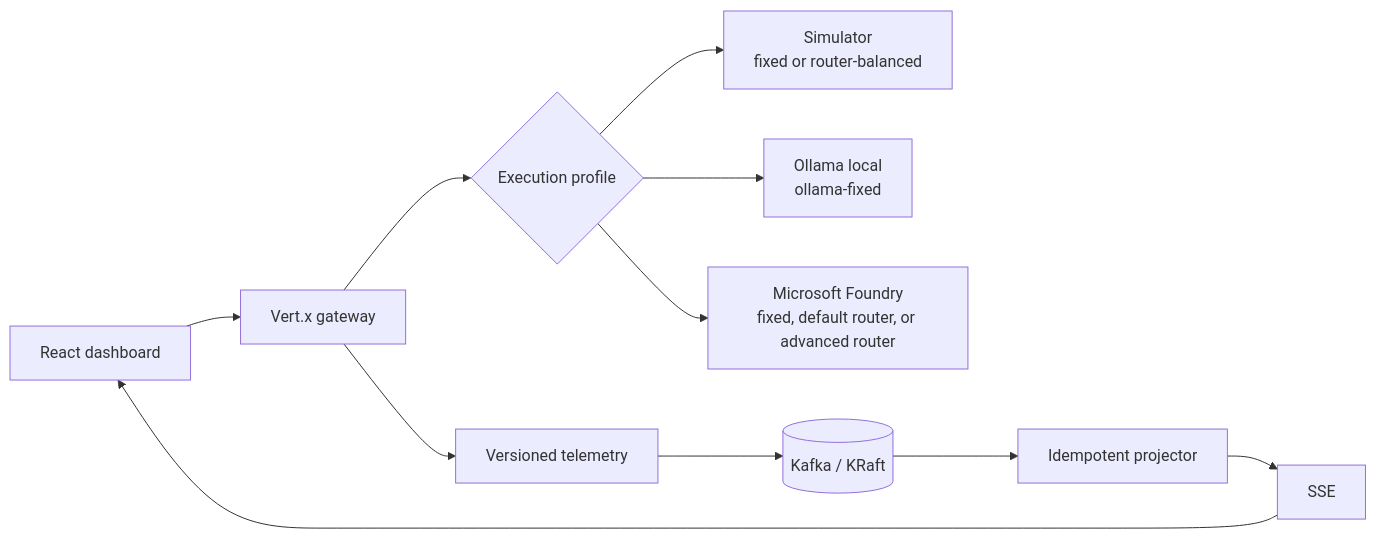
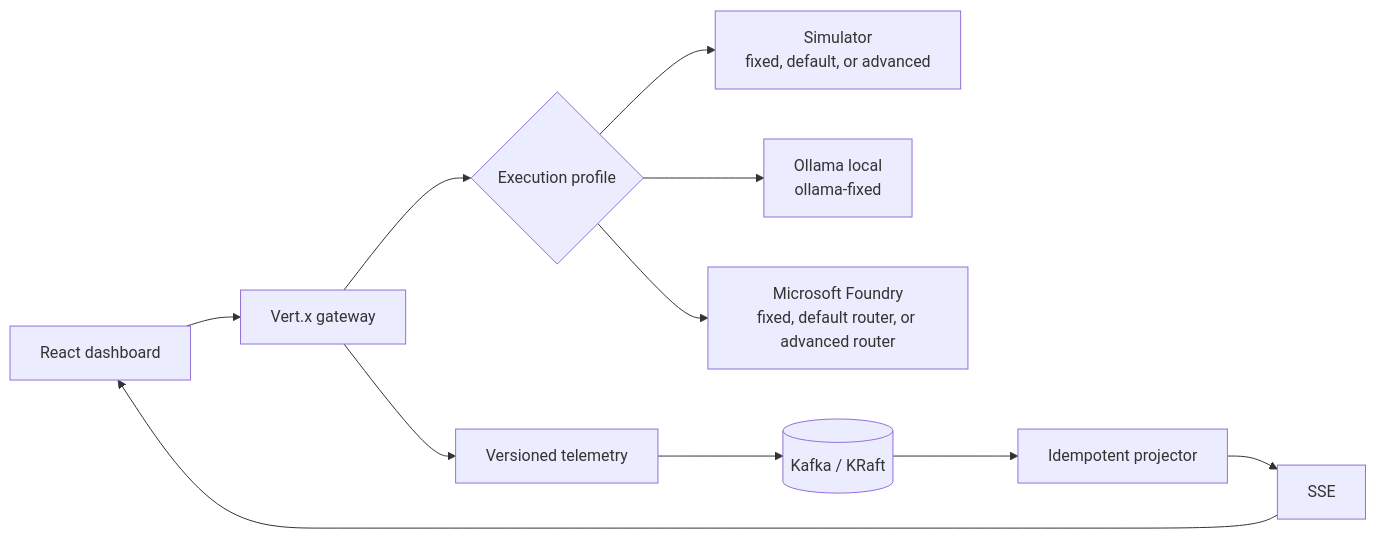
Before and after one commit to hyeonsangjeon/kafka-metric-example: the diagram in README.md, drawn with Mermaid. The commit also changed other lines of this file and 41 other files, not shown here.

````diff
--- a/README.md
+++ b/README.md
@@ -82,13 +88,13 @@
 ```mermaid
 flowchart LR
   UI[React dashboard] --> API[Vert.x gateway]
   API --> PROFILE{Execution profile}
-  PROFILE --> SIM[Simulator\nfixed or router-balanced]
+  PROFILE --> SIM[Simulator\nfixed, default, or advanced]
   PROFILE --> OLLAMA[Ollama local\nollama-fixed]
   PROFILE --> FOUNDRY[Microsoft Foundry\nfixed, default router, or advanced router]
   API --> EVENTS[Versioned telemetry]
   EVENTS --> KAFKA[(Kafka / KRaft)]
   KAFKA --> VIEW[Idempotent projector]
   VIEW --> SSE[SSE]
   SSE --> UI
 ```
````
